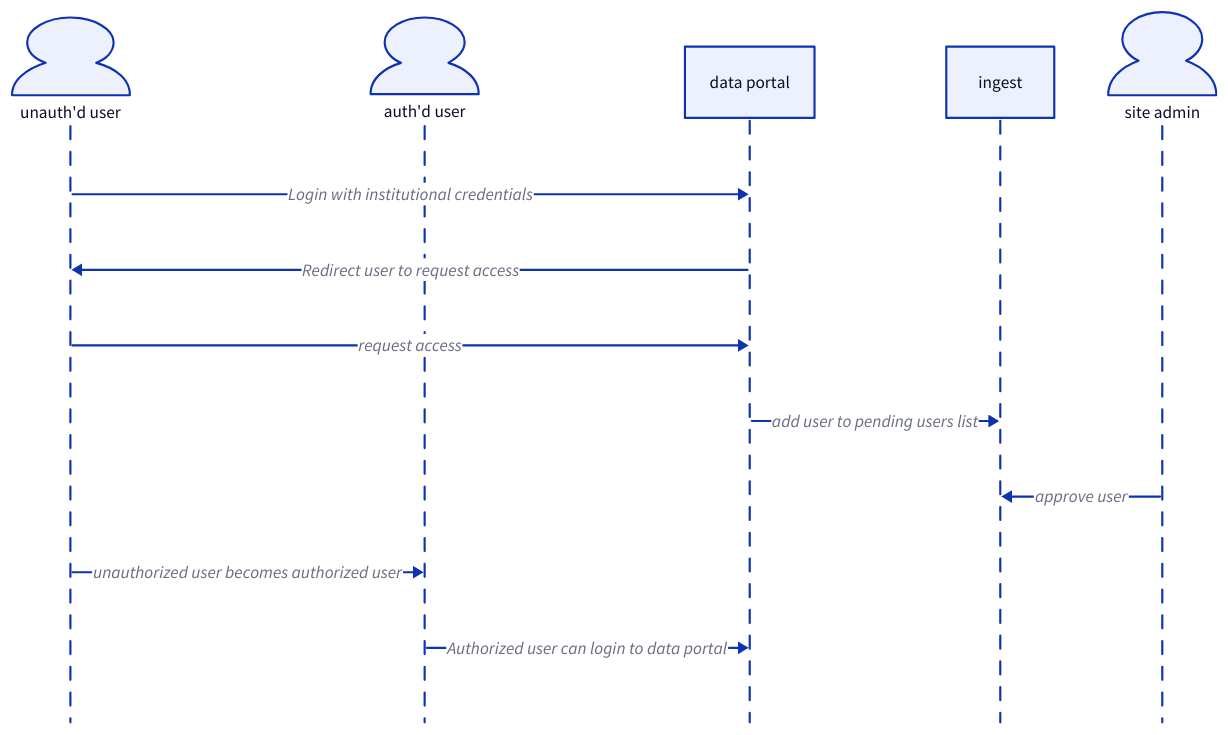
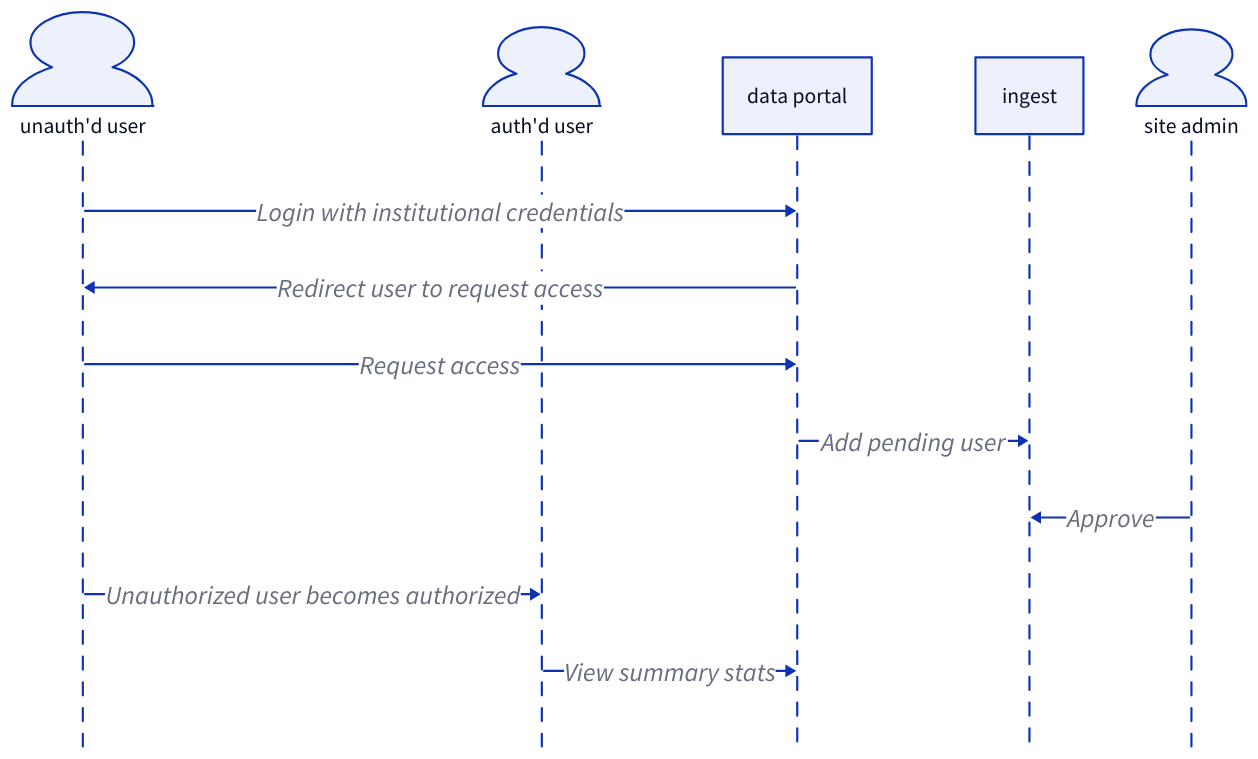
Before and after one commit to CanDIG/CanDIGv2: the first of 4 diagrams in docs/src/content/docs/user-roles/user-roles.mdx, drawn with D2. The commit also changed other lines of this file and 3 other files, not shown here.

````diff
--- a/docs/src/content/docs/user-roles/user-roles.mdx
+++ b/docs/src/content/docs/user-roles/user-roles.mdx
@@ -13,16 +13,21 @@
-```d2 pad=50
+```d2 
 # User request flow
 shape: sequence_diagram
 unauth'd user: {shape: person}
+unauth'd user.style.font-size: 20
 auth'd user: {shape: person}
+auth'd user.style.font-size: 20
 data portal
+data portal.style.font-size: 20
 ingest
+ingest.style.font-size: 20
 site admin: {shape: person}
-unauth'd user -> data portal: Login with institutional credentials
-data portal -> unauth'd user: Redirect user to request access
-unauth'd user -> data portal: request access
-data portal -> ingest: add user to pending users list
-site admin -> ingest: approve user
-unauth'd user -> auth'd user: unauthorized user becomes authorized user
-auth'd user -> data portal: Authorized user can login to data portal
+site admin.style.font-size: 20
+unauth'd user -> data portal: Login with institutional credentials {style: {font-size: 24}}
+data portal -> unauth'd user: Redirect user to request access {style: {font-size: 24}}
+unauth'd user -> data portal: Request access {style: {font-size: 24}}
+data portal -> ingest: Add pending user {style: {font-size: 24}}
+site admin -> ingest: Approve {style: {font-size: 24}}
+unauth'd user -> auth'd user: Unauthorized user becomes authorized {style: {font-size: 24}}
+auth'd user -> data portal: View summary stats {style: {font-size: 24}}
 ```
````
